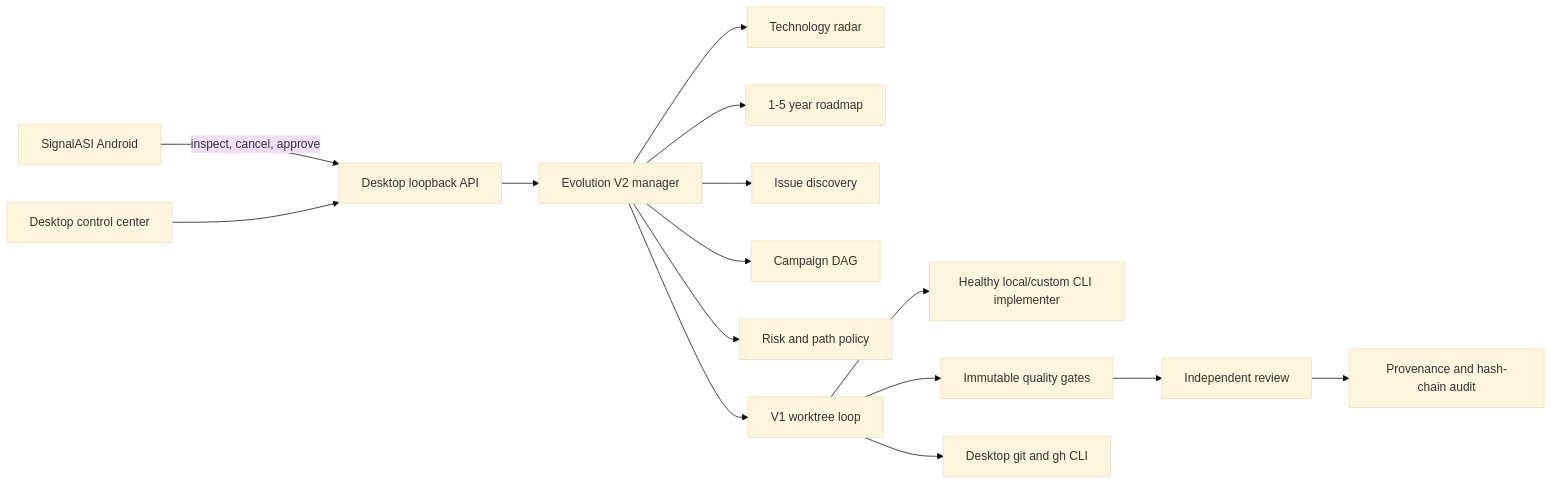
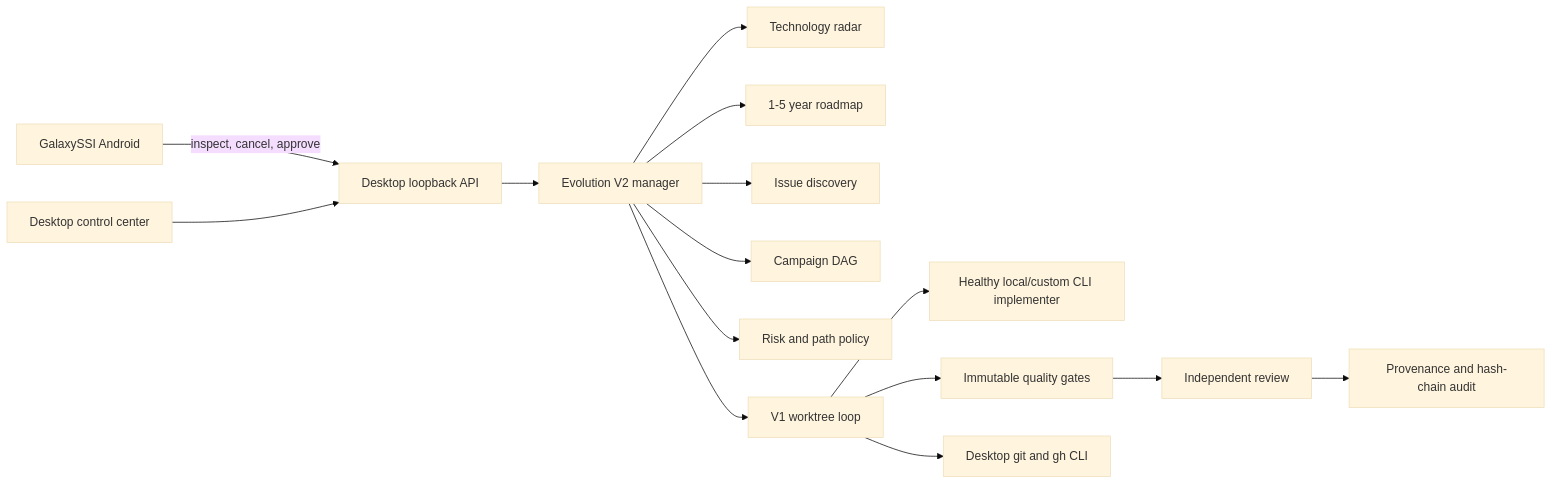
The diagram in docs/architecture/self-evolution-v2.md (galaxyssi/GalaxySSI), drawn with Mermaid (base theme) before and after one commit. The commit also changed other lines of this file and 4763 other files, not shown here.

Commit message:
Rename SignalASI project to GalaxySSI

````diff
--- a/docs/architecture/self-evolution-v2.md
+++ b/docs/architecture/self-evolution-v2.md
@@ -9,17 +9,17 @@
 ```mermaid
 flowchart LR
-  App["SignalASI Android"] -->|"inspect, cancel, approve"| API["Desktop loopback API"]
+  App["GalaxySSI Android"] -->|"inspect, cancel, approve"| API["Desktop loopback API"]
   UI["Desktop control center"] --> API
   API --> Manager["Evolution V2 manager"]
   Manager --> Radar["Technology radar"]
   Manager --> Roadmap["1-5 year roadmap"]
   Manager --> Issues["Issue discovery"]
   Manager --> Campaigns["Campaign DAG"]
   Manager --> Policy["Risk and path policy"]
   Manager --> V1["V1 worktree loop"]
   V1 --> Agents["Healthy local/custom CLI implementer"]
   V1 --> Gates["Immutable quality gates"]
   Gates --> Review["Independent review"]
   Review --> Provenance["Provenance and hash-chain audit"]
   V1 --> GitHub["Desktop git and gh CLI"]
 ```
````
